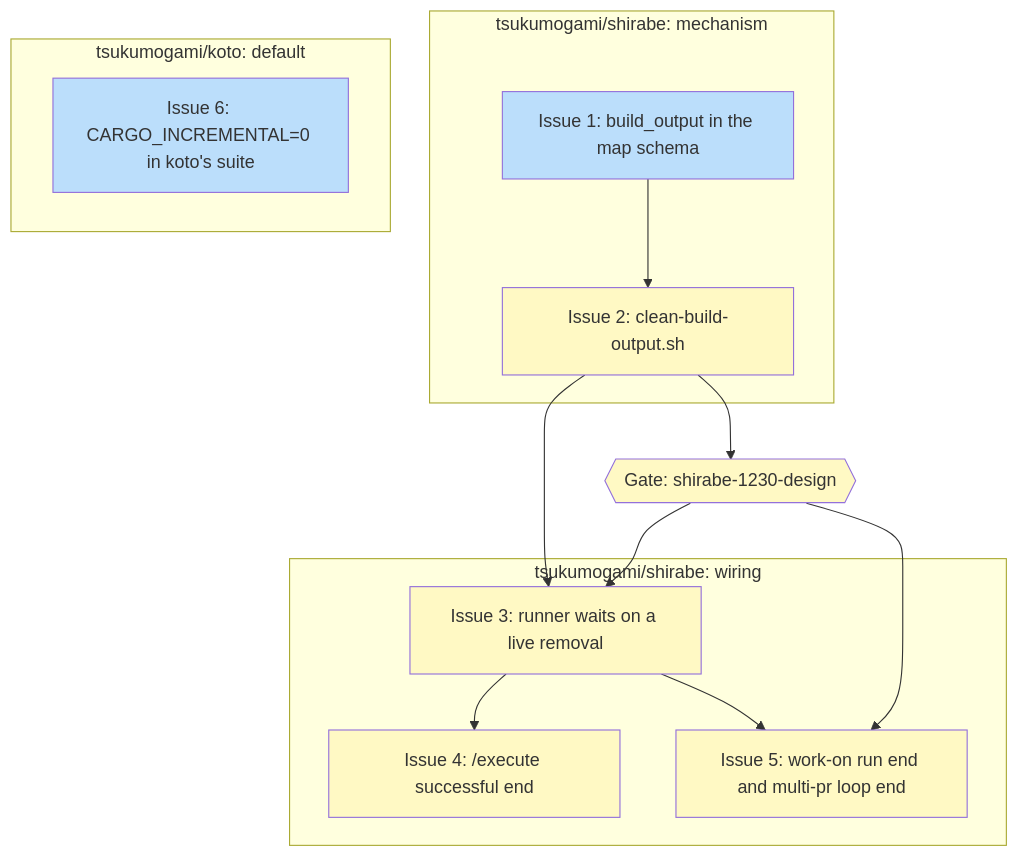
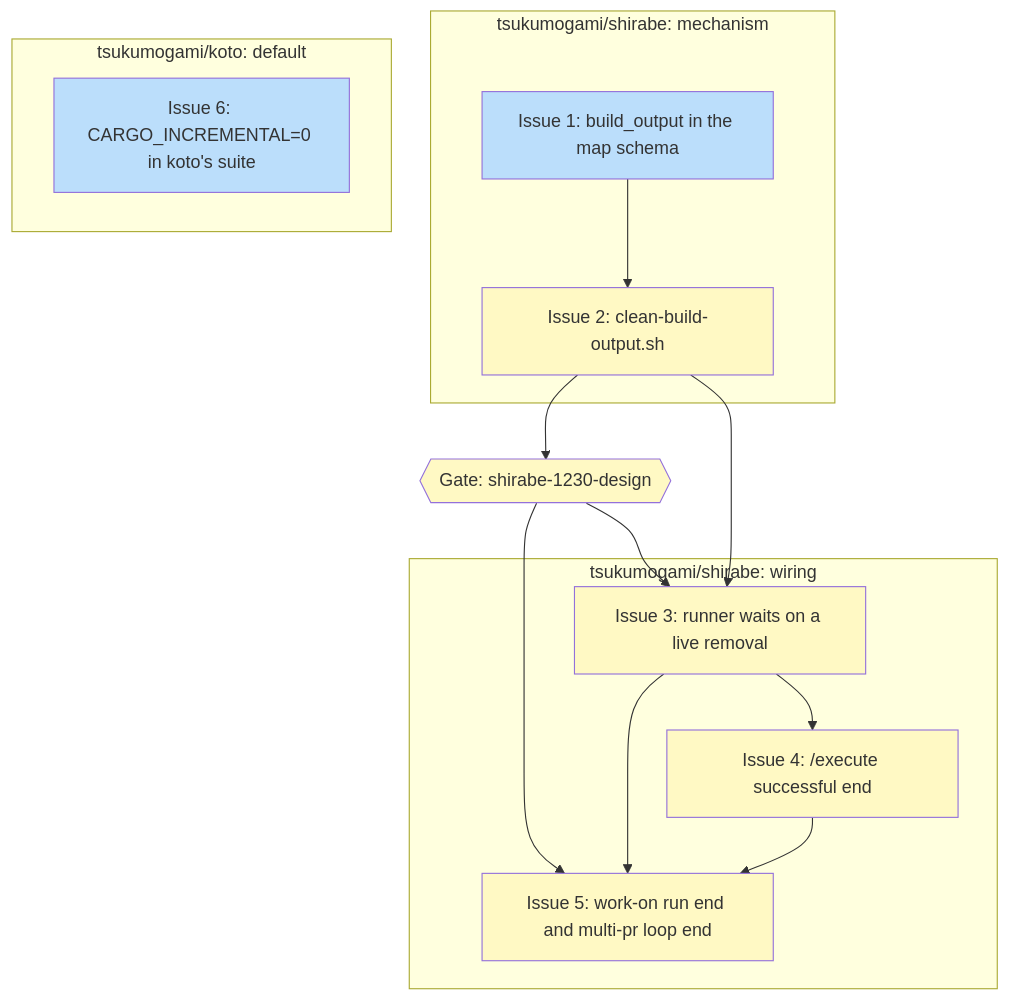
Before and after one commit to tsukumogami/shirabe: the diagram in docs/plans/PLAN-build-output.md, drawn with Mermaid. The commit also changed other lines of this file and 1 other file, not shown here.

````diff
--- a/docs/plans/PLAN-build-output.md
+++ b/docs/plans/PLAN-build-output.md
@@ -245,40 +278,41 @@
 ```mermaid
 graph TD
     subgraph shirabe_mechanism["tsukumogami/shirabe: mechanism"]
         I1["Issue 1: build_output in the map schema"]
         I2["Issue 2: clean-build-output.sh"]
     end
 
     G1{{"Gate: shirabe-1230-design"}}
 
     subgraph shirabe_wiring["tsukumogami/shirabe: wiring"]
         I3["Issue 3: runner waits on a live removal"]
         I4["Issue 4: /execute successful end"]
         I5["Issue 5: work-on run end and multi-pr loop end"]
     end
 
     subgraph koto_default["tsukumogami/koto: default"]
         I6["Issue 6: CARGO_INCREMENTAL=0 in koto's suite"]
     end
 
     I1 --> I2
     I2 --> G1
     G1 --> I3
     G1 --> I5
     I2 --> I3
     I3 --> I4
     I3 --> I5
+    I4 --> I5
 
     classDef done fill:#c8e6c9
     classDef ready fill:#bbdefb
     classDef blocked fill:#fff9c4
     classDef needsDesign fill:#e1bee7
     classDef needsPrd fill:#b3e5fc
     classDef needsSpike fill:#ffcdd2
     classDef needsDecision fill:#d1c4e9
     classDef tracksDesign fill:#FFE0B2,stroke:#F57C00,color:#000
     classDef tracksPlan fill:#FFE0B2,stroke:#F57C00,color:#000
 
     class I1,I6 ready
     class I2,I3,I4,I5,G1 blocked
 ```
````
